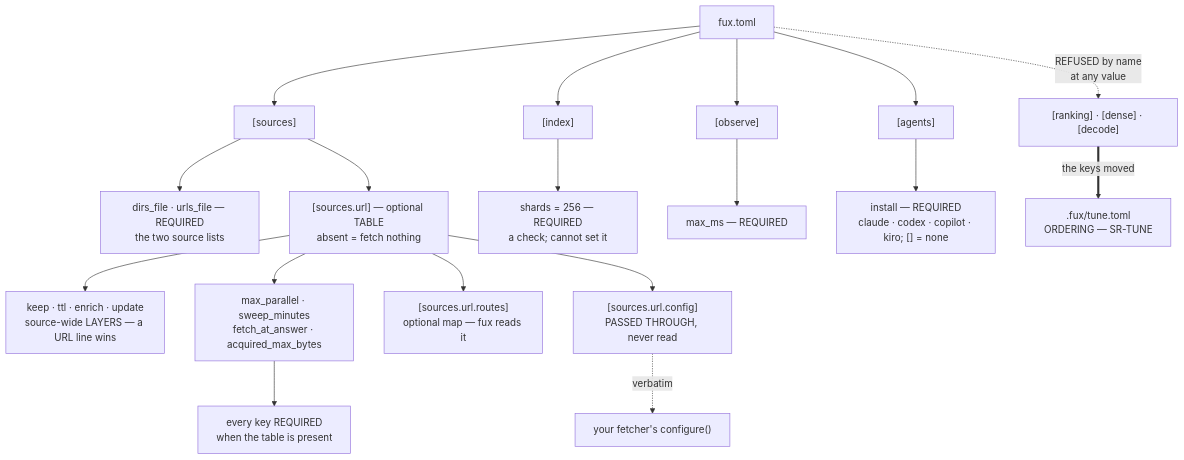
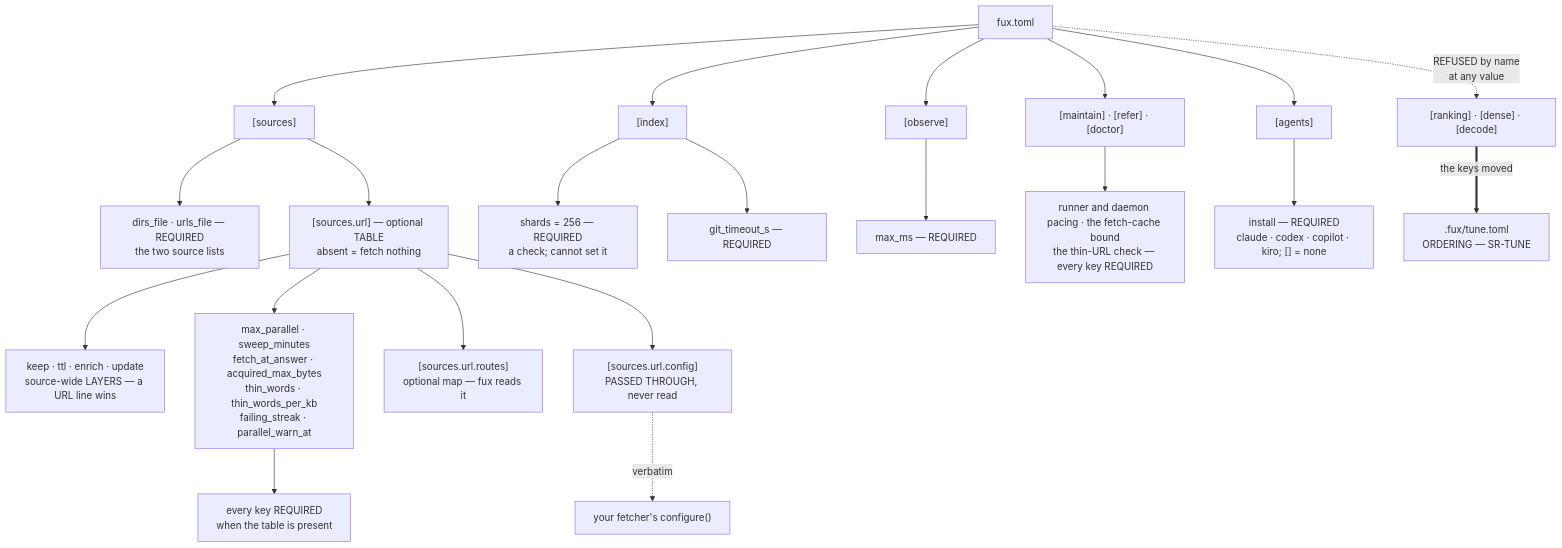
The diagram in records/0113_config.md (arpitarya/fux), drawn with Mermaid before and after one commit. The commit also changed other lines of this file and 40 other files, not shown here.

````diff
--- a/records/0113_config.md
+++ b/records/0113_config.md
@@ -62,20 +62,23 @@
 ```mermaid
 flowchart TD
     F["fux.toml"] --> S["[sources]"]
     S --> D["dirs_file · urls_file — REQUIRED<br/>the two source lists"]
     S --> U["[sources.url] — optional TABLE<br/>absent = fetch nothing"]
     U --> ME["keep · ttl · enrich · update<br/>source-wide LAYERS — a URL line wins"]
-    U --> MP["max_parallel · sweep_minutes<br/>fetch_at_answer · acquired_max_bytes"]
+    U --> MP["max_parallel · sweep_minutes<br/>fetch_at_answer · acquired_max_bytes<br/>thin_words · thin_words_per_kb<br/>failing_streak · parallel_warn_at"]
     MP --> RQ["every key REQUIRED<br/>when the table is present"]
     U --> RO["[sources.url.routes]<br/>optional map — fux reads it"]
     U --> CF["[sources.url.config]<br/>PASSED THROUGH, never read"]
     F --> I["[index]"]
     I --> SH["shards = 256 — REQUIRED<br/>a check; cannot set it"]
+    I --> GT["git_timeout_s — REQUIRED"]
     F --> OB["[observe]"]
     OB --> OM["max_ms — REQUIRED"]
+    F --> MA["[maintain] · [refer] · [doctor]"]
+    MA --> MK["runner and daemon pacing · the fetch-cache bound<br/>the thin-URL check — every key REQUIRED"]
     F --> AG["[agents]"]
     AG --> AI["install — REQUIRED<br/>claude · codex · copilot · kiro; [] = none"]
     F -.->|"REFUSED by name<br/>at any value"| RT["[ranking] · [dense] · [decode]"]
     RT ==>|"the keys moved"| TU[".fux/tune.toml<br/>ORDERING — SR-TUNE"]
     CF -.->|"verbatim"| MW["your fetcher's configure()"]
 ```
````
